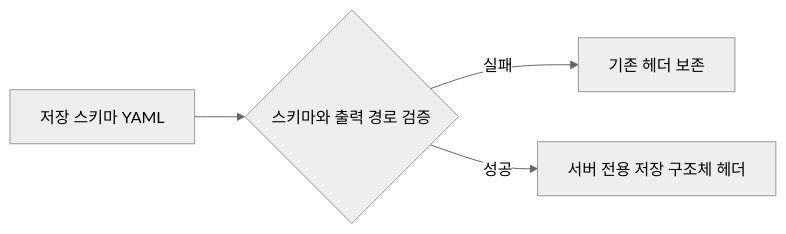
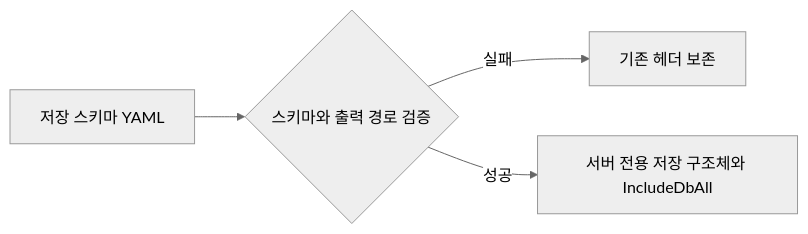
Before and after one commit to MyungHyun-Ahn/Portfolio: the diagram in 13_MMO_Project/Tools/DBGenerator/README.md, drawn with Mermaid (neutral theme). The commit also changed other lines of this file and 23 other files, not shown here.

````diff
--- a/13_MMO_Project/Tools/DBGenerator/README.md
+++ b/13_MMO_Project/Tools/DBGenerator/README.md
@@ -5,6 +5,6 @@
 ```mermaid
 flowchart LR
     A[저장 스키마 YAML] --> B{스키마와 출력 경로 검증}
     B -->|실패| C[기존 헤더 보존]
-    B -->|성공| D[서버 전용 저장 구조체 헤더]
+    B -->|성공| D[서버 전용 저장 구조체와 IncludeDbAll]
 ```
````
